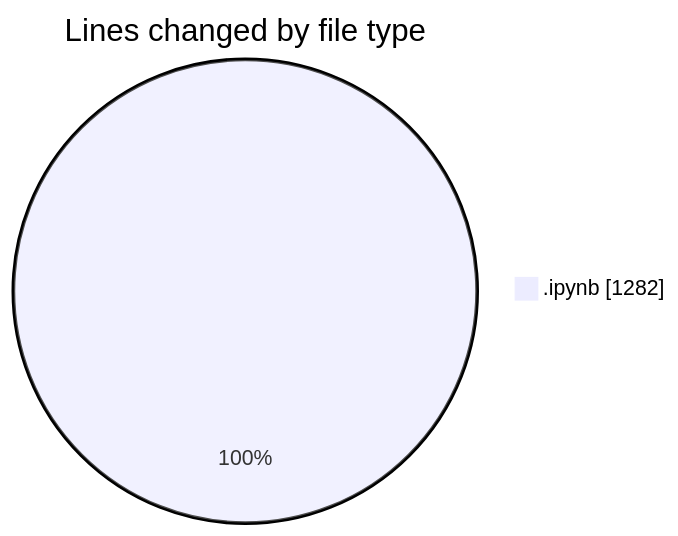
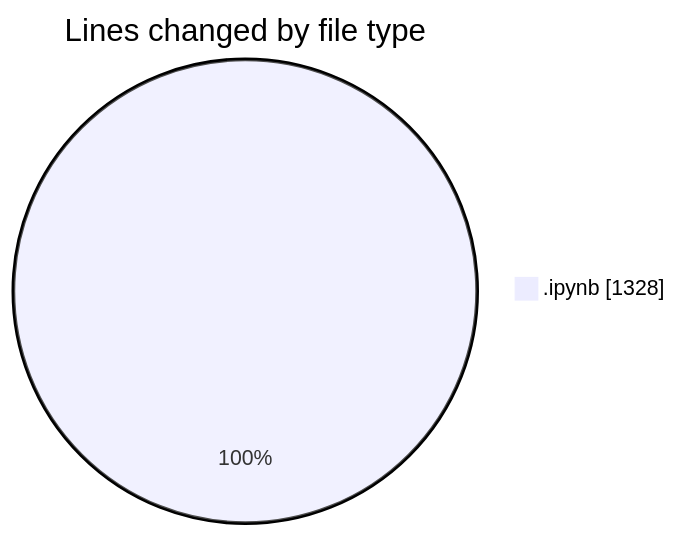
One commit to CELIANVF/code-tracking changed the first of 2 diagrams in 2025-01-08/jupyterproject/README.md. Above: the diagram before and after it, drawn with Mermaid. The commit also changed other lines of this file and 1 other file, not shown here.

````diff
--- a/2025-01-08/jupyterproject/README.md
+++ b/2025-01-08/jupyterproject/README.md
@@ -20,5 +20,5 @@
 ```mermaid
 pie showData
 title Lines changed by file type
-".ipynb" : 1282
+".ipynb" : 1328
 ```
````
